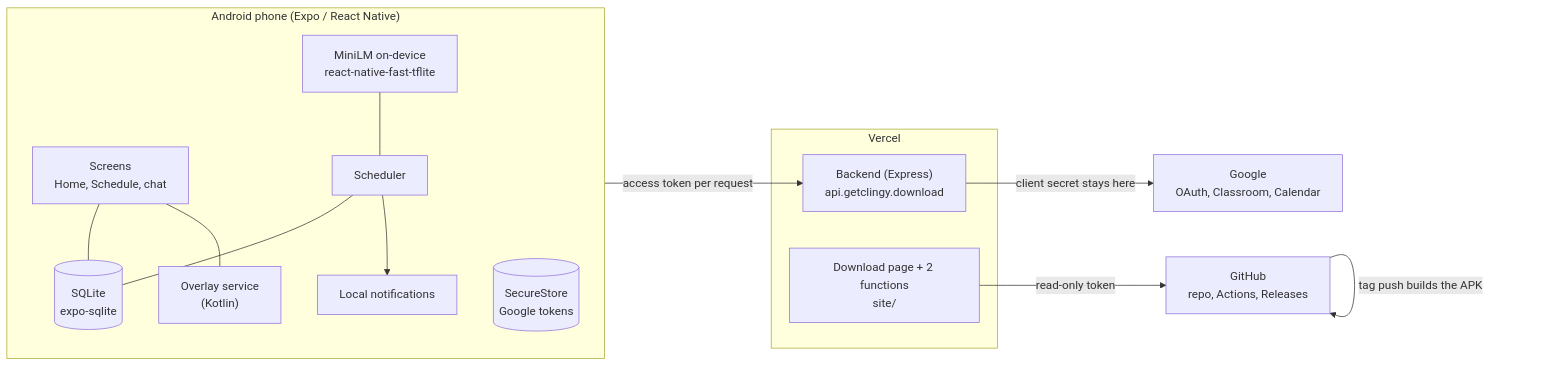
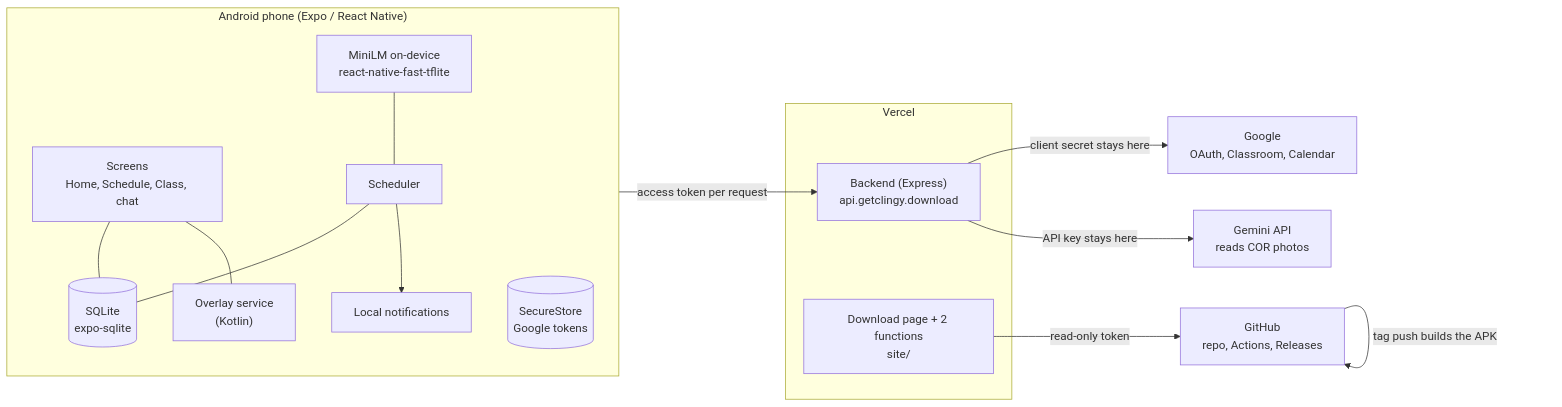
Before and after one commit to CodeKheb/Clingy: the first of 5 diagrams in ARCHITECTURE.md, drawn with Mermaid. The commit also changed other lines of this file and 1 other file, not shown here.

Commit message:
Update README and ARCHITECTURE for classes, COR scan, nudges and splash

````diff
--- a/ARCHITECTURE.md
+++ b/ARCHITECTURE.md
@@ -7,30 +7,32 @@
 ```mermaid
 flowchart LR
   subgraph Phone["Android phone (Expo / React Native)"]
-    UI["Screens<br/>Home, Schedule, chat"]
+    UI["Screens<br/>Home, Schedule, Class, chat"]
     DB[("SQLite<br/>expo-sqlite")]
     KS[("SecureStore<br/>Google tokens")]
     ML["MiniLM on-device<br/>react-native-fast-tflite"]
     SCH["Scheduler"]
     NOTIF["Local notifications"]
     OVL["Overlay service<br/>(Kotlin)"]
     UI --- DB
     SCH --- DB
     ML --- SCH
     SCH --> NOTIF
     UI --- OVL
   end
 
   subgraph Vercel
     API["Backend (Express)<br/>api.getclingy.download"]
     SITE["Download page + 2 functions<br/>site/"]
   end
 
   G["Google<br/>OAuth, Classroom, Calendar"]
+  GEM["Gemini API<br/>reads COR photos"]
   GH["GitHub<br/>repo, Actions, Releases"]
 
   Phone -- "access token per request" --> API
   API -- "client secret stays here" --> G
+  API -- "API key stays here" --> GEM
   SITE -- "read-only token" --> GH
   GH -- "tag push builds the APK" --> GH
 ```
````
